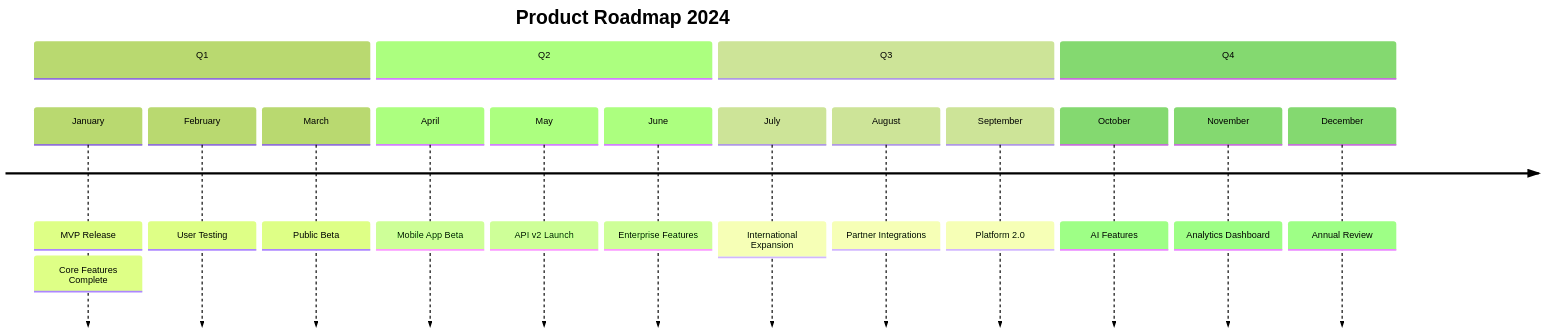
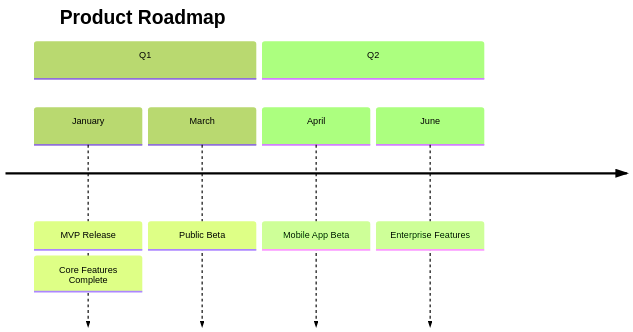
Before and after one commit to marcusquinn/aidevops: the fourth of 10 diagrams in .agents/tools/diagrams/mermaid-diagrams-skill/data-charts.md, drawn with Mermaid (forest theme). The commit also changed other lines of this file, not shown here.

First line of the commit message:
docs: tighten data-charts.md reference (313→209 lines)

````diff
--- a/.agents/tools/diagrams/mermaid-diagrams-skill/data-charts.md
+++ b/.agents/tools/diagrams/mermaid-diagrams-skill/data-charts.md
@@ -104,25 +73,13 @@
 ```mermaid
 timeline
-    title Product Roadmap 2024
+    title Product Roadmap
 
     section Q1
         January : MVP Release
                 : Core Features Complete
-        February : User Testing
         March : Public Beta
 
     section Q2
         April : Mobile App Beta
-        May : API v2 Launch
         June : Enterprise Features
-
-    section Q3
-        July : International Expansion
-        August : Partner Integrations
-        September : Platform 2.0
-
-    section Q4
-        October : AI Features
-        November : Analytics Dashboard
-        December : Annual Review
 ```
````
